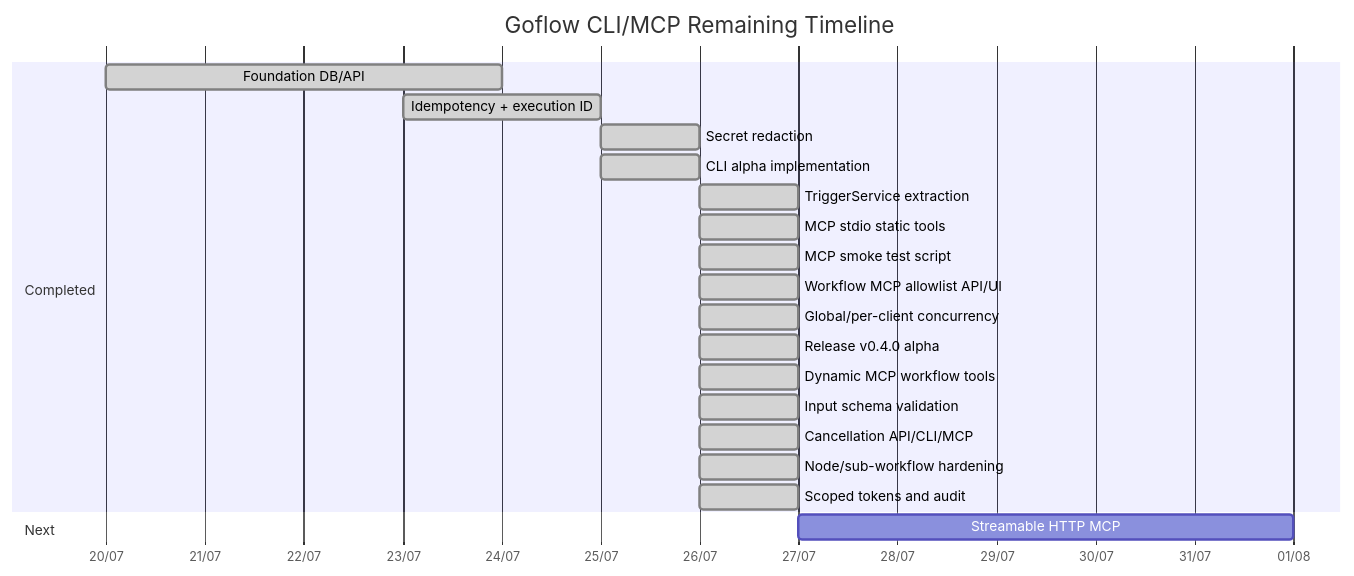
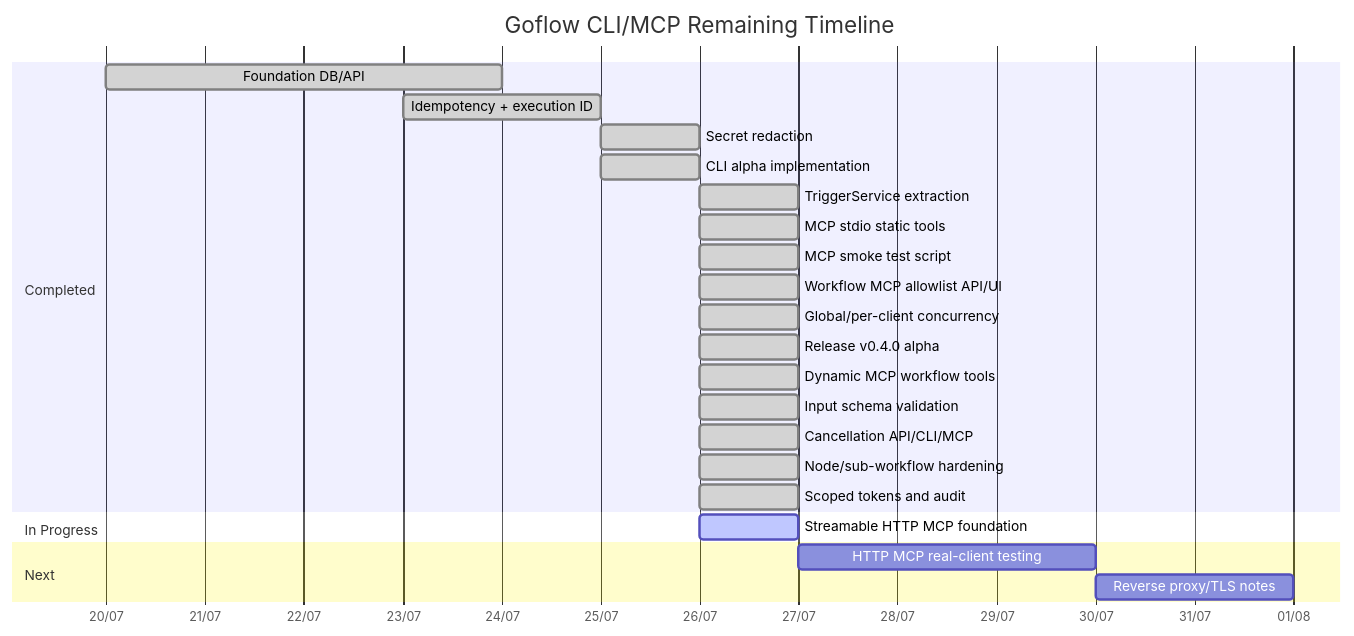
One commit to hstptcn5/Goflow changed the second of 2 diagrams in ROADMAP_PROGRESS.md. Above: the diagram before and after it, drawn with Mermaid. The commit also changed other lines of this file and 9 other files, not shown here.

First line of the commit message:
Add Streamable HTTP MCP beta endpoint at /mcp

````diff
--- a/ROADMAP_PROGRESS.md
+++ b/ROADMAP_PROGRESS.md
@@ -73,26 +84,30 @@
 ```mermaid
 gantt
     title Goflow CLI/MCP Remaining Timeline
     dateFormat  YYYY-MM-DD
     axisFormat  %d/%m
 
     section Completed
     Foundation DB/API             :done, f1, 2026-07-20, 4d
     Idempotency + execution ID     :done, f2, 2026-07-23, 2d
     Secret redaction               :done, f3, 2026-07-25, 1d
     CLI alpha implementation       :done, cli1, 2026-07-25, 1d
     TriggerService extraction      :done, svc1, 2026-07-26, 1d
     MCP stdio static tools         :done, mcp1, 2026-07-26, 1d
     MCP smoke test script          :done, mcp2, 2026-07-26, 1d
     Workflow MCP allowlist API/UI  :done, mcp3, 2026-07-26, 1d
     Global/per-client concurrency  :done, hard0, 2026-07-26, 1d
     Release v0.4.0 alpha           :done, rel1, 2026-07-26, 1d
     Dynamic MCP workflow tools     :done, mcp4, 2026-07-26, 1d
     Input schema validation        :done, mcp5, 2026-07-26, 1d
     Cancellation API/CLI/MCP       :done, hard2, 2026-07-26, 1d
     Node/sub-workflow hardening    :done, hard1, 2026-07-26, 1d
     Scoped tokens and audit        :done, sec1, 2026-07-26, 1d
 
+    section In Progress
+    Streamable HTTP MCP foundation :active, http1, 2026-07-26, 1d
+
     section Next
-    Streamable HTTP MCP            :http1, after sec1, 5d
+    HTTP MCP real-client testing   :http2, after http1, 3d
+    Reverse proxy/TLS notes        :http3, after http2, 2d
 ```
````
